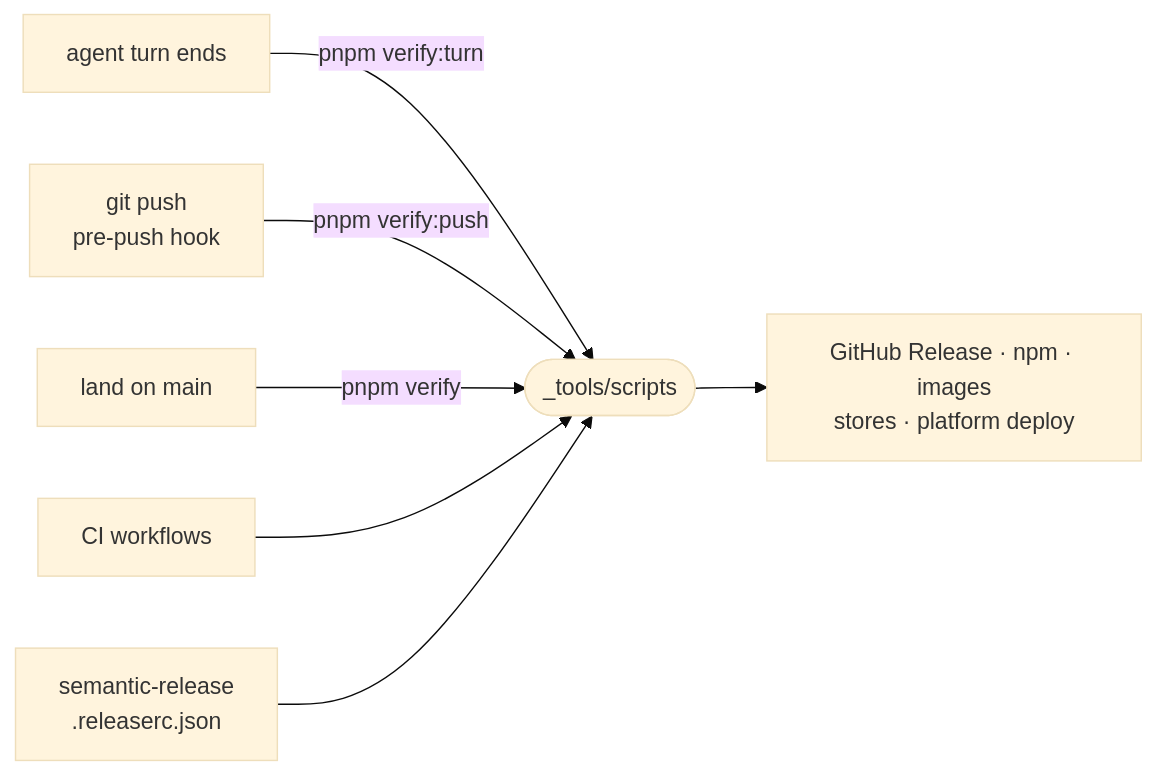
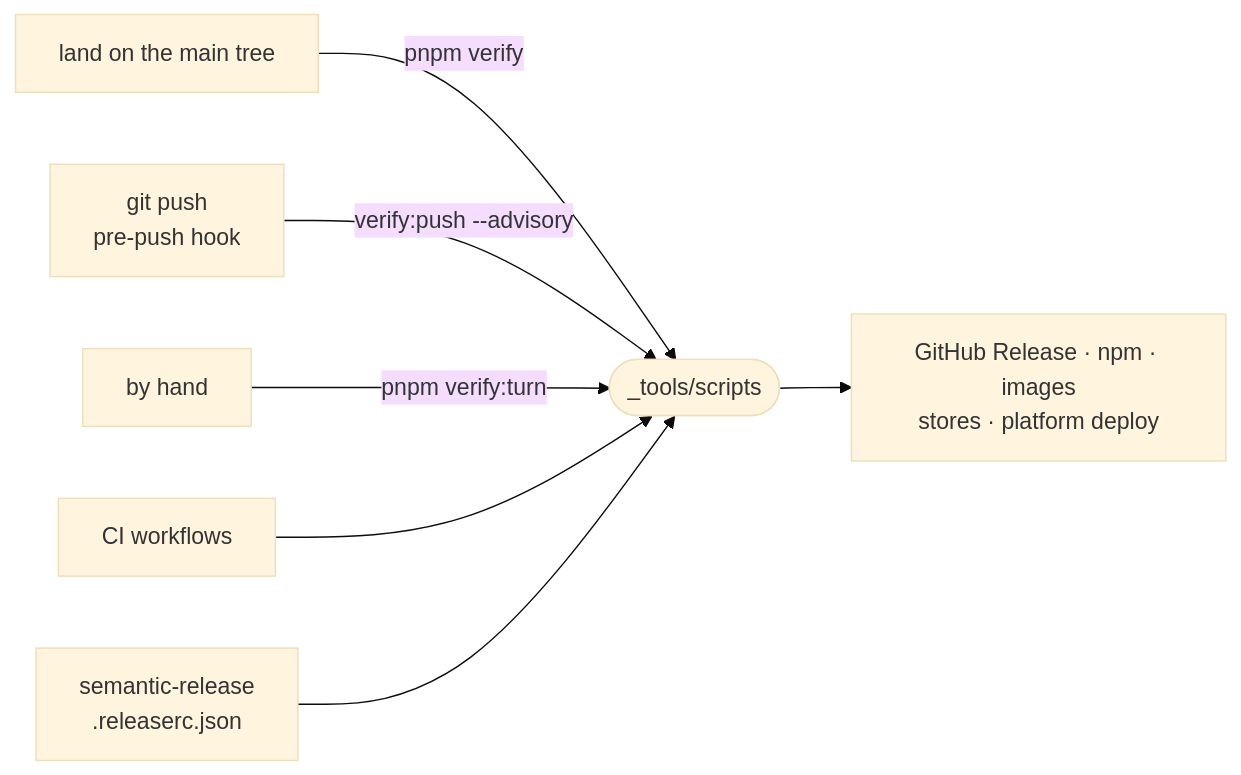
The diagram in _tools/scripts/README.md (intentic/intentic), drawn with Mermaid (base theme) before and after one commit. The commit also changed other lines of this file and 178 other files, not shown here.

````diff
--- a/_tools/scripts/README.md
+++ b/_tools/scripts/README.md
@@ -5,9 +5,9 @@
 ```mermaid
 flowchart LR
-    turn["agent turn ends"] -->|"pnpm verify:turn"| scripts(["_tools/scripts"])
-    push["git push<br/>pre-push hook"] -->|"pnpm verify:push"| scripts
-    land["land on main"] -->|"pnpm verify"| scripts
+    land["land on the main tree"] -->|"pnpm verify"| scripts(["_tools/scripts"])
+    push["git push<br/>pre-push hook"] -->|"verify:push --advisory"| scripts
+    hand["by hand"] -->|"pnpm verify:turn"| scripts
     ci["CI workflows"] --> scripts
     semrel["semantic-release<br/>.releaserc.json"] --> scripts
     scripts --> out["GitHub Release · npm · images<br/>stores · platform deploy"]
 ```
````
